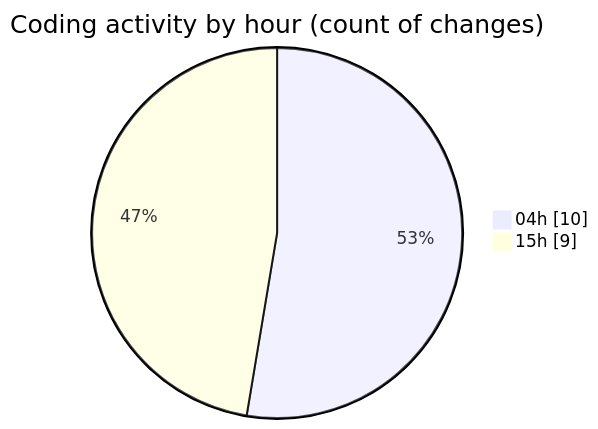
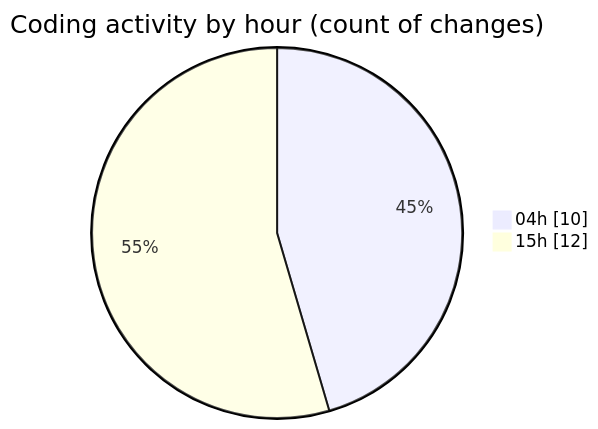
One commit to charlie-sans/code-tracking changed the second of 2 diagrams in 2025-03-17/sharpmasm/README.md. Above: the diagram before and after it, drawn with Mermaid. The commit also changed other lines of this file and 1 other file, not shown here.

````diff
--- a/2025-03-17/sharpmasm/README.md
+++ b/2025-03-17/sharpmasm/README.md
@@ -35,6 +35,6 @@
 ```mermaid
 pie showData
 title Coding activity by hour (count of changes)
 "04h" : 10
-"15h" : 9
+"15h" : 12
 ```
````
